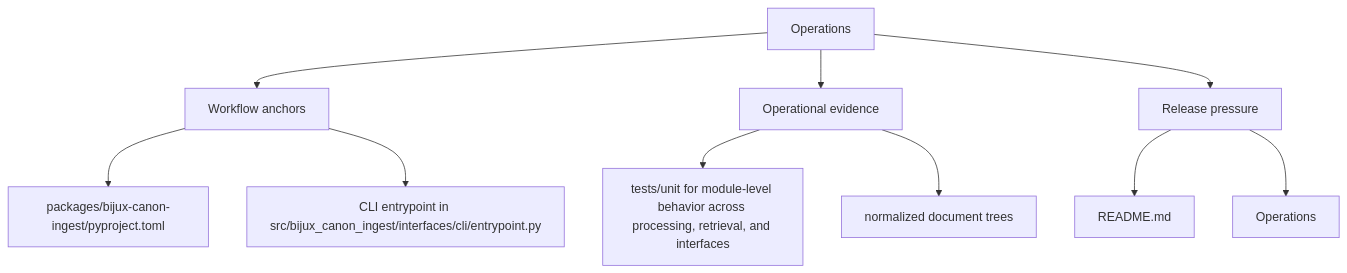
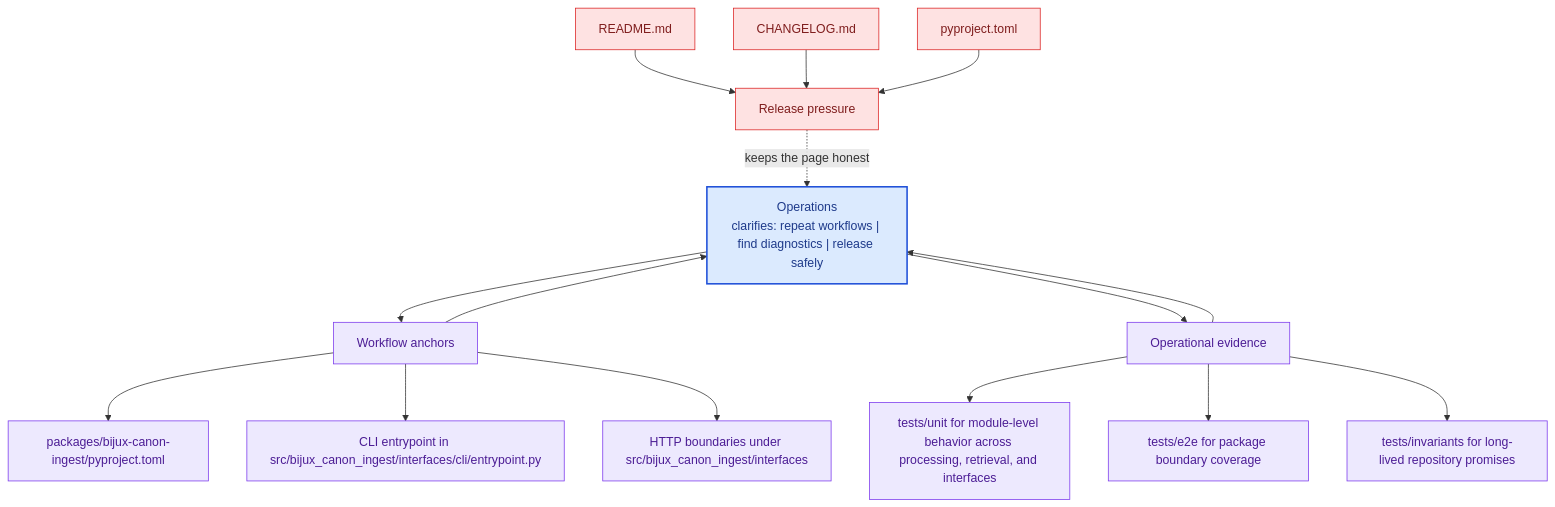
Before and after one commit to bijux/bijux-canon: the second of 2 diagrams in docs/bijux-canon-ingest/operations/index.md, drawn with Mermaid. The commit also changed other lines of this file and 281 other files, not shown here.

Commit message:
docs(diagrams): deepen handbook mermaid maps across the catalog

````diff
--- a/docs/bijux-canon-ingest/operations/index.md
+++ b/docs/bijux-canon-ingest/operations/index.md
@@ -32,22 +65,41 @@
 ```mermaid
-flowchart TD
-    page["Operations"]
+flowchart TB
+    promise["Operations<br/>clarifies: repeat workflows | find diagnostics | release safely"]
+    classDef promise fill:#dbeafe,stroke:#1d4ed8,color:#1e3a8a,stroke-width:2px;
+    classDef driver fill:#dcfce7,stroke:#16a34a,color:#14532d;
+    classDef constraint fill:#fee2e2,stroke:#dc2626,color:#7f1d1d;
+    classDef ground fill:#ede9fe,stroke:#7c3aed,color:#4c1d95;
     focus1["Workflow anchors"]
-    page --> focus1
+    focus1 --> promise
+    promise --> focus1
     focus1_1["packages/bijux-canon-ingest/pyproject.toml"]
     focus1 --> focus1_1
     focus1_2["CLI entrypoint in src/bijux_canon_ingest/interfaces/cli/entrypoint.py"]
     focus1 --> focus1_2
+    focus1_3["HTTP boundaries under src/bijux_canon_ingest/interfaces"]
+    focus1 --> focus1_3
+    class focus1 ground;
+    class focus1_1,focus1_2,focus1_3 ground;
     focus2["Operational evidence"]
-    page --> focus2
+    focus2 --> promise
+    promise --> focus2
     focus2_1["tests/unit for module-level behavior across processing, retrieval, and interfaces"]
     focus2 --> focus2_1
-    focus2_2["normalized document trees"]
+    focus2_2["tests/e2e for package boundary coverage"]
     focus2 --> focus2_2
+    focus2_3["tests/invariants for long-lived repository promises"]
+    focus2 --> focus2_3
+    class focus2 ground;
+    class focus2_1,focus2_2,focus2_3 ground;
     focus3["Release pressure"]
-    page --> focus3
+    focus3 -.keeps the page honest.-> promise
     focus3_1["README.md"]
-    focus3 --> focus3_1
-    focus3_2["Operations"]
-    focus3 --> focus3_2
+    focus3_1 --> focus3
+    focus3_2["CHANGELOG.md"]
+    focus3_2 --> focus3
+    focus3_3["pyproject.toml"]
+    focus3_3 --> focus3
+    class focus3 constraint;
+    class focus3_1,focus3_2,focus3_3 constraint;
+    class promise promise;
 ```
````
